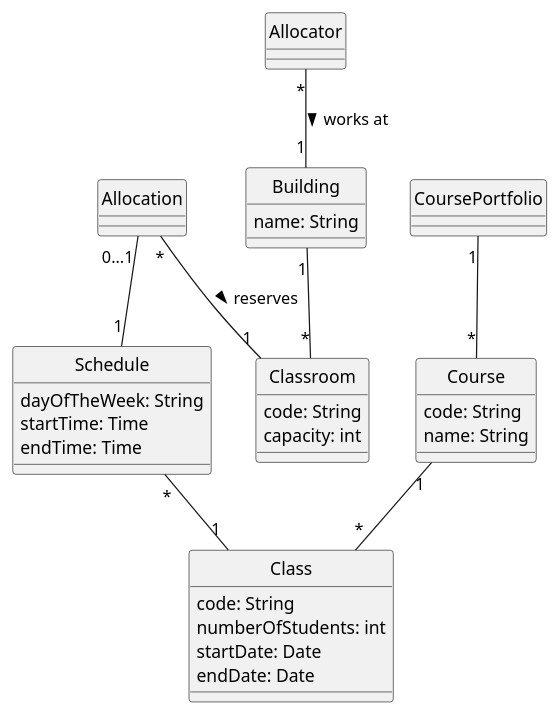
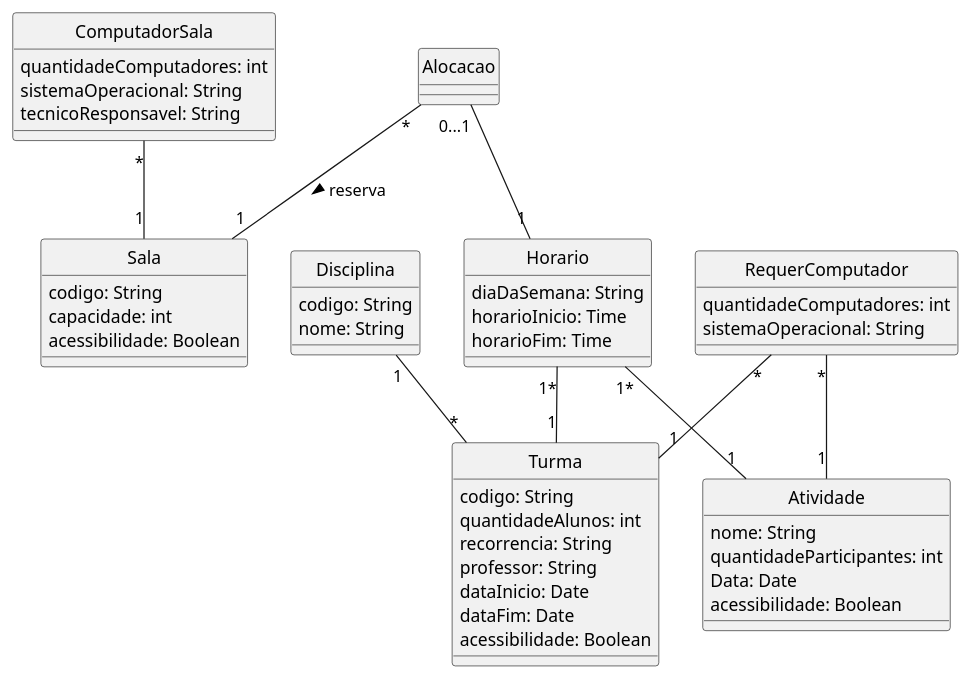
The diagram in projeto/uc1/diagrama-de-classes-UC1.puml (tassyla/Salateca), drawn with PlantUML before and after one commit. The commit also changed 7 other files, not shown here.

Commit message:
:sparkles: casos de uso e diagrama de classes

```diff
--- a/projeto/uc1/diagrama-de-classes-UC1.puml
+++ b/projeto/uc1/diagrama-de-classes-UC1.puml
@@ -1,53 +1,67 @@
 @startuml Classes
 skinparam style strictuml
 
-class Classroom {
-    code: String
-    capacity: int
+class Sala {
+    codigo: String
+    capacidade: int
+    acessibilidade: Boolean
 }
 
-class Allocator {
-} 
-
-class Class {
-    code: String
-    numberOfStudents: int 
-    startDate: Date
-    endDate: Date
+class Turma {
+    codigo: String
+    quantidadeAlunos: int 
+    recorrencia: String
+    professor: String
+    dataInicio: Date
+    dataFim: Date
+    acessibilidade: Boolean
+    ' disicplina '
+    ' horario '
 }
 
-class Schedule {
-    dayOfTheWeek: String
-    startTime: Time
-    endTime: Time
+class Horario {
+    diaDaSemana: String
+    horarioInicio: Time
+    horarioFim: Time
 }
 
-class Course {
-    code: String
-    name: String
+class Disciplina {
+    codigo: String
+    nome: String
 }
 
-class Allocation {
+class Alocacao {
 }
 
-class Building {
-    name: String
+class Atividade {
+    nome: String
+    quantidadeParticipantes: int 
+    Data: Date
+    ' Horario '
+    acessibilidade: Boolean
+
 }
 
-class CoursePortfolio {
+class RequerComputador {
+    quantidadeComputadores: int
+    sistemaOperacional: String
 }
 
-' One course has many classes
-Course "1" -- "*" "Class"
+class ComputadorSala {
+    quantidadeComputadores: int
+    sistemaOperacional: String
+    tecnicoResponsavel: String
+}
 
-' Many schedules have one class
-Schedule "*" --  "1" Class
+Disciplina "1" -- "*" "Turma"
 
-' Many classes have one classroom
-Allocation "*" -- "1" Classroom: reserves >
-Allocation "0...1" -- "1" Schedule
-Allocator "*" -- "1" Building: works at > 
-Building "1" -- "*" Classroom
-CoursePortfolio "1" -- "*" Course
+Horario "1*" --  "1" Turma
+Horario "1*" --  "1" Atividade
 
+Alocacao "*" -- "1" Sala: reserva >
+Alocacao "0...1" -- "1" Horario
+
+ComputadorSala "*" -- "1" Sala
+RequerComputador "*" -- "1" "Turma"
+RequerComputador "*" -- "1" "Atividade"
 @enduml
```
